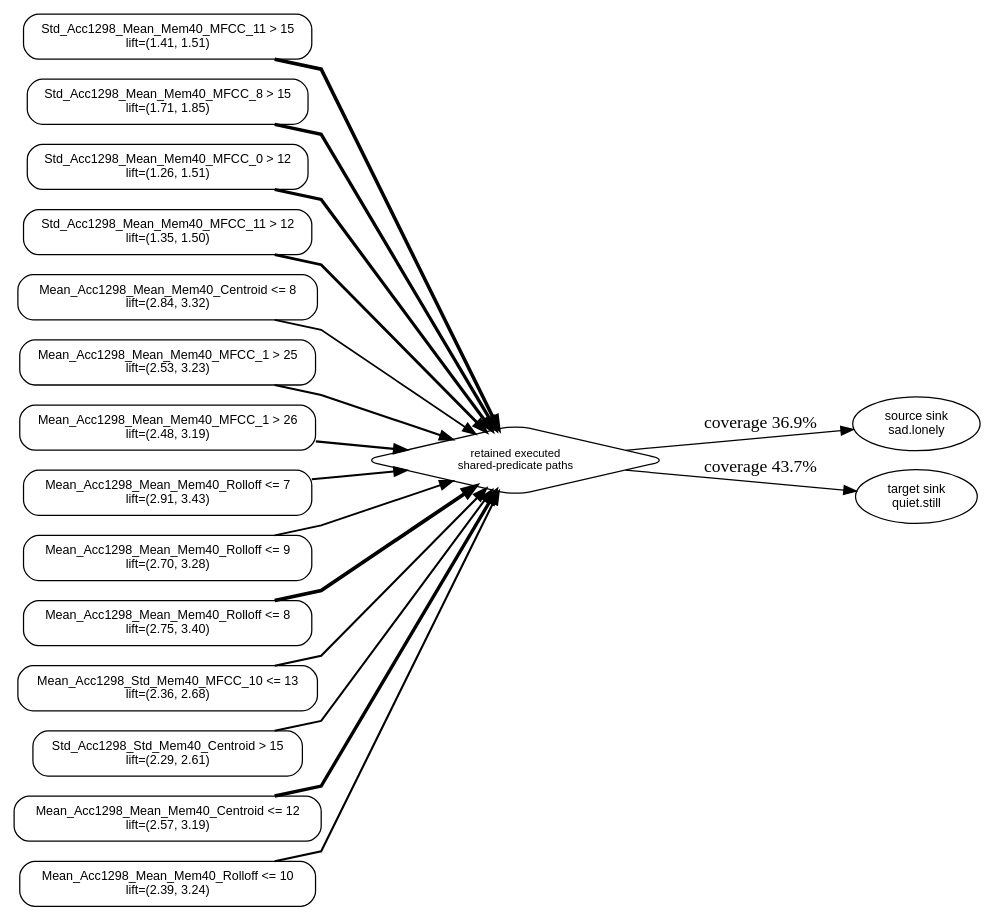
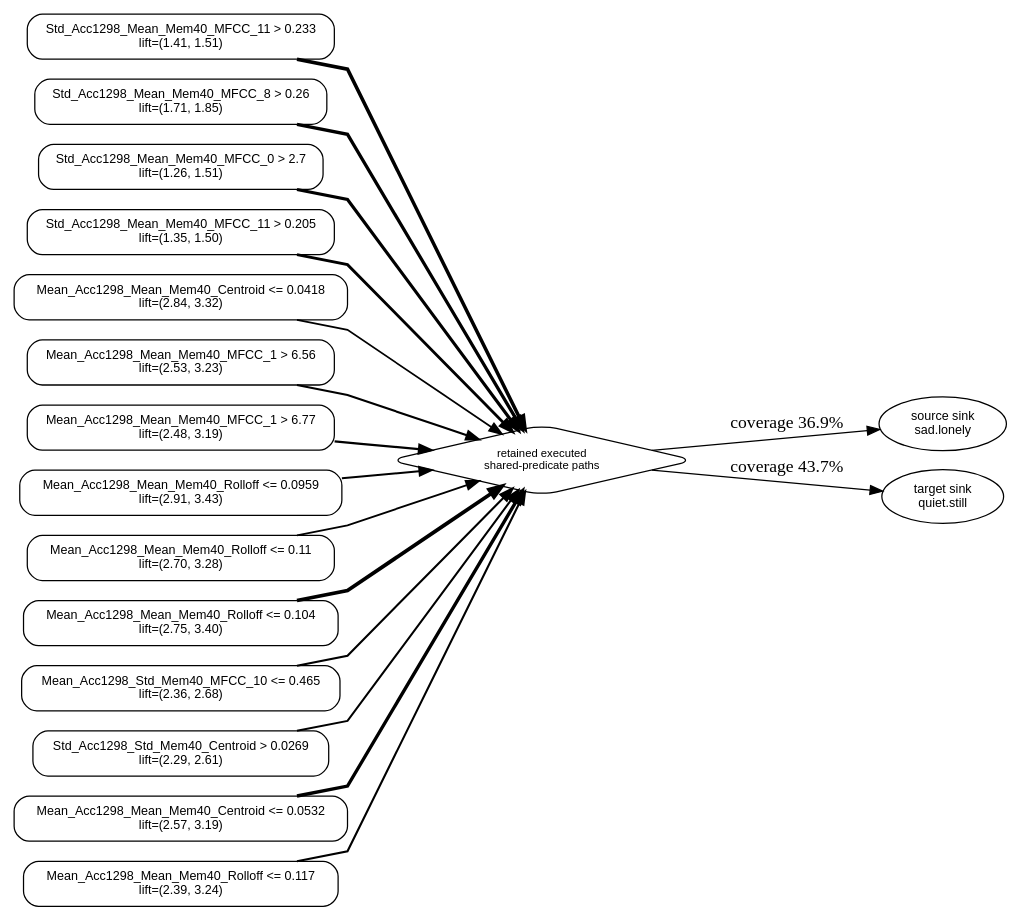
Before and after one commit to sbarbonjr/ms-dpg: the diagram in docs/figures/emotions_contracted.dot, drawn with Graphviz. The commit also changed 2 other files, not shown here.

Commit message:
Regenerate emotions figures with mean thresholds

```diff
--- a/docs/figures/emotions_contracted.dot
+++ b/docs/figures/emotions_contracted.dot
@@ -1,37 +1,37 @@
 digraph contracted {
 	nodesep=0.22 rankdir=LR ranksep=0.45 splines=polyline
 	node [fontname=Helvetica fontsize=10 shape=box style=rounded]
 	paths [label="retained executed\nshared-predicate paths" fontsize=9 shape=diamond]
 	source [label="source sink\nsad.lonely" shape=ellipse]
 	target [label="target sink\nquiet.still" shape=ellipse]
-	p0 [label="Std_Acc1298_Mean_Mem40_MFCC_11 > 15\nlift=(1.41, 1.51)"]
+	p0 [label="Std_Acc1298_Mean_Mem40_MFCC_11 > 0.233\nlift=(1.41, 1.51)"]
 	p0 -> paths [penwidth=2.8050583657587547]
-	p1 [label="Std_Acc1298_Mean_Mem40_MFCC_8 > 15\nlift=(1.71, 1.85)"]
+	p1 [label="Std_Acc1298_Mean_Mem40_MFCC_8 > 0.26\nlift=(1.71, 1.85)"]
 	p1 -> paths [penwidth=2.6439688715953307]
-	p2 [label="Std_Acc1298_Mean_Mem40_MFCC_0 > 12\nlift=(1.26, 1.51)"]
+	p2 [label="Std_Acc1298_Mean_Mem40_MFCC_0 > 2.7\nlift=(1.26, 1.51)"]
 	p2 -> paths [penwidth=2.544747081712062]
-	p3 [label="Std_Acc1298_Mean_Mem40_MFCC_11 > 12\nlift=(1.35, 1.50)"]
+	p3 [label="Std_Acc1298_Mean_Mem40_MFCC_11 > 0.205\nlift=(1.35, 1.50)"]
 	p3 -> paths [penwidth=2.2587548638132295]
-	p4 [label="Mean_Acc1298_Mean_Mem40_Centroid <= 8\nlift=(2.84, 3.32)"]
+	p4 [label="Mean_Acc1298_Mean_Mem40_Centroid <= 0.0418\nlift=(2.84, 3.32)"]
 	p4 -> paths [penwidth=1.382101167315175]
-	p5 [label="Mean_Acc1298_Mean_Mem40_MFCC_1 > 25\nlift=(2.53, 3.23)"]
+	p5 [label="Mean_Acc1298_Mean_Mem40_MFCC_1 > 6.56\nlift=(2.53, 3.23)"]
 	p5 -> paths [penwidth=1.6856031128404667]
-	p6 [label="Mean_Acc1298_Mean_Mem40_MFCC_1 > 26\nlift=(2.48, 3.19)"]
+	p6 [label="Mean_Acc1298_Mean_Mem40_MFCC_1 > 6.77\nlift=(2.48, 3.19)"]
 	p6 -> paths [penwidth=1.7766536964980544]
-	p7 [label="Mean_Acc1298_Mean_Mem40_Rolloff <= 7\nlift=(2.91, 3.43)"]
+	p7 [label="Mean_Acc1298_Mean_Mem40_Rolloff <= 0.0959\nlift=(2.91, 3.43)"]
 	p7 -> paths [penwidth=1.4988326848249027]
-	p8 [label="Mean_Acc1298_Mean_Mem40_Rolloff <= 9\nlift=(2.70, 3.28)"]
+	p8 [label="Mean_Acc1298_Mean_Mem40_Rolloff <= 0.11\nlift=(2.70, 3.28)"]
 	p8 -> paths [penwidth=1.4894941634241246]
-	p9 [label="Mean_Acc1298_Mean_Mem40_Rolloff <= 8\nlift=(2.75, 3.40)"]
+	p9 [label="Mean_Acc1298_Mean_Mem40_Rolloff <= 0.104\nlift=(2.75, 3.40)"]
 	p9 -> paths [penwidth=3.0]
-	p10 [label="Mean_Acc1298_Std_Mem40_MFCC_10 <= 13\nlift=(2.36, 2.68)"]
+	p10 [label="Mean_Acc1298_Std_Mem40_MFCC_10 <= 0.465\nlift=(2.36, 2.68)"]
 	p10 -> paths [penwidth=1.6867704280155644]
-	p11 [label="Std_Acc1298_Std_Mem40_Centroid > 15\nlift=(2.29, 2.61)"]
+	p11 [label="Std_Acc1298_Std_Mem40_Centroid > 0.0269\nlift=(2.29, 2.61)"]
 	p11 -> paths [penwidth=1.622568093385214]
-	p12 [label="Mean_Acc1298_Mean_Mem40_Centroid <= 12\nlift=(2.57, 3.19)"]
+	p12 [label="Mean_Acc1298_Mean_Mem40_Centroid <= 0.0532\nlift=(2.57, 3.19)"]
 	p12 -> paths [penwidth=2.6929961089494165]
-	p13 [label="Mean_Acc1298_Mean_Mem40_Rolloff <= 10\nlift=(2.39, 3.24)"]
+	p13 [label="Mean_Acc1298_Mean_Mem40_Rolloff <= 0.117\nlift=(2.39, 3.24)"]
 	p13 -> paths [penwidth=1.656420233463035]
 	paths -> source [label="coverage 36.9%"]
 	paths -> target [label="coverage 43.7%"]
 }
```
